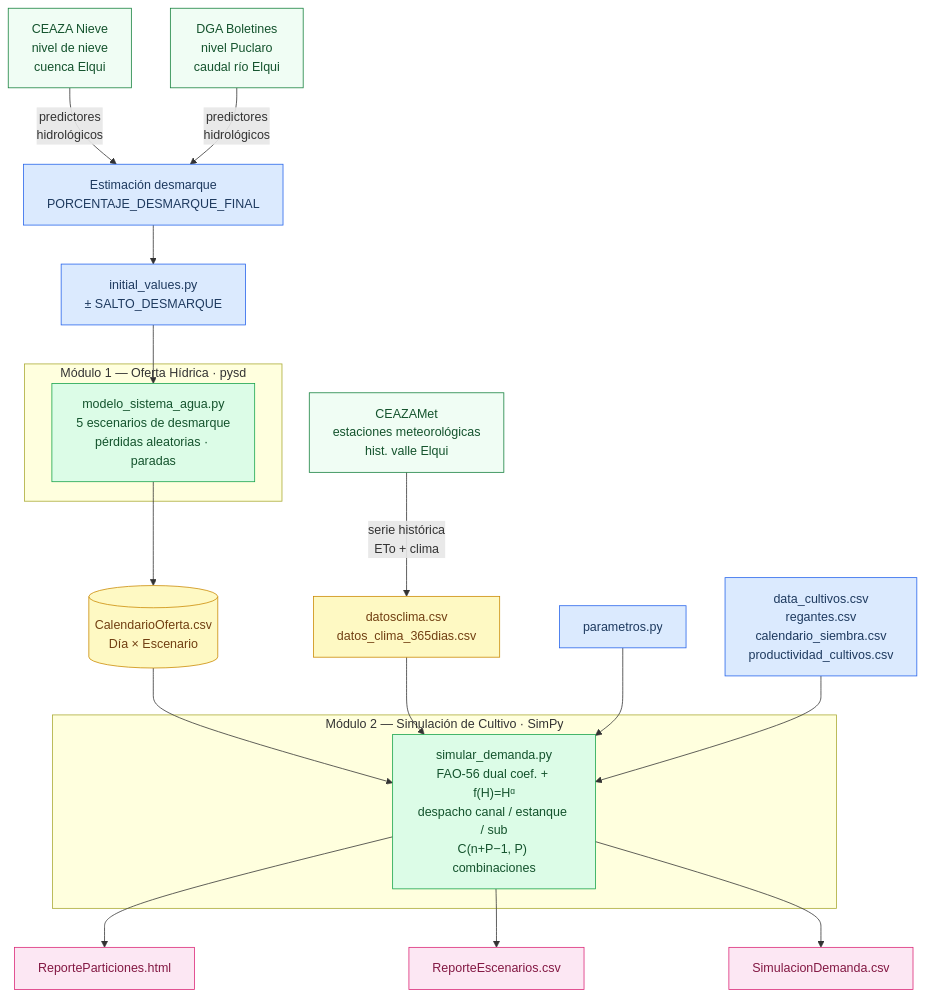
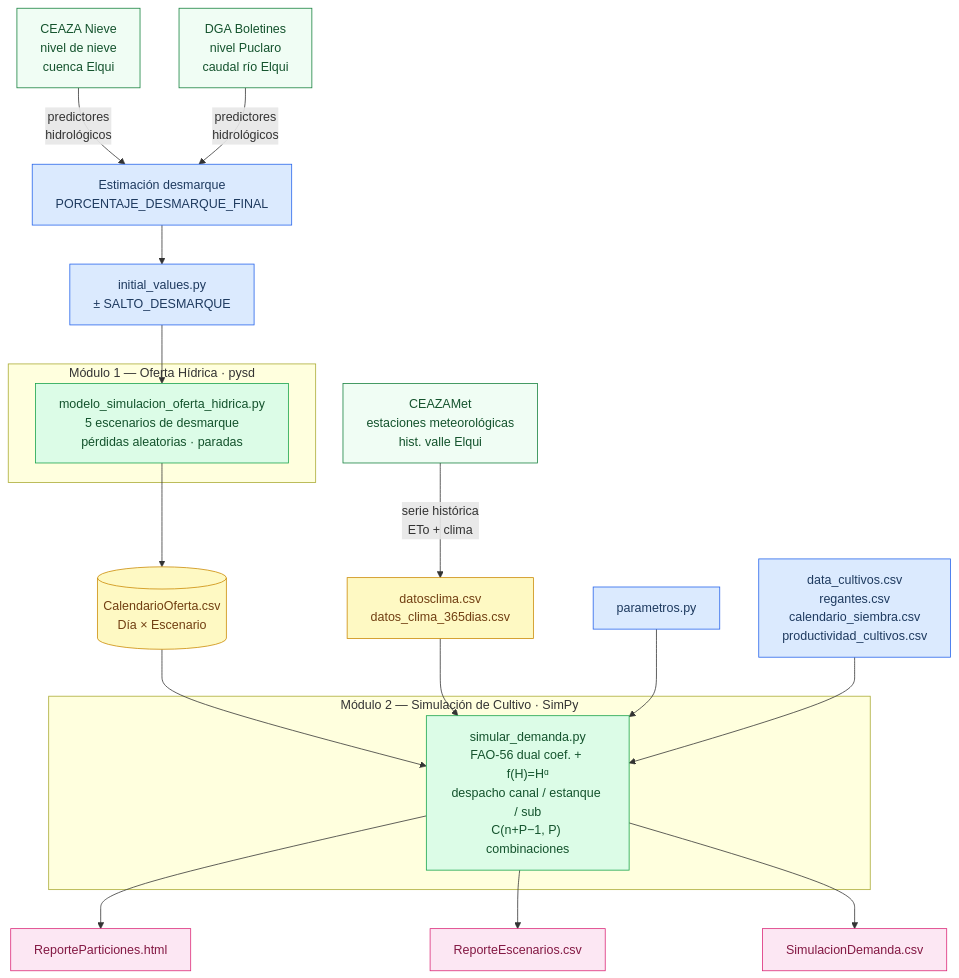
The fourth of 4 diagrams in README.md (toniesky/Simulaci-n-multiparadigma-cultivo), drawn with Mermaid before and after one commit. The commit also changed other lines of this file and 6 other files, not shown here.

Commit message:
refactor: renombrar modelo_sistema_agua a modelo_simulacion_oferta_hidrica

````diff
--- a/README.md
+++ b/README.md
@@ -505,45 +505,45 @@
 ```mermaid
 flowchart TD
     classDef src  fill:#f0fdf4,stroke:#15803d,color:#14532d
     classDef cfg  fill:#dbeafe,stroke:#2563eb,color:#1e3a5f
     classDef proc fill:#dcfce7,stroke:#16a34a,color:#14532d
     classDef data fill:#fef9c3,stroke:#ca8a04,color:#713f12
     classDef out  fill:#fce7f3,stroke:#db2777,color:#831843
 
     %% ── Fuentes de datos externas ──────────────────────────
     CEAZAMET["CEAZAMet\nestaciones meteorológicas\nhist. valle Elqui"]:::src
     NIEVE["CEAZA Nieve\nnivel de nieve\ncuenca Elqui"]:::src
     DGA["DGA Boletines\nnivel Puclaro\ncaudal río Elqui"]:::src
 
     %% ── Preparación de entradas ─────────────────────────────
     CEAZAMET -->|"serie histórica\nETo + clima"| CLIMA["datosclima.csv\ndatos_clima_365dias.csv"]:::data
     NIEVE    -->|"predictores\nhidrológicos"| EST["Estimación desmarque\nPORCENTAJE_DESMARQUE_FINAL"]:::cfg
     DGA      -->|"predictores\nhidrológicos"| EST
 
     %% ── Módulo 1: Oferta Hídrica ────────────────────────────
     EST --> IV["initial_values.py\n± SALTO_DESMARQUE"]:::cfg
 
     subgraph MOH["Módulo 1 — Oferta Hídrica · pysd"]
-        MSA["modelo_sistema_agua.py\n5 escenarios de desmarque\npérdidas aleatorias · paradas"]:::proc
+        MSA["modelo_simulacion_oferta_hidrica.py\n5 escenarios de desmarque\npérdidas aleatorias · paradas"]:::proc
     end
 
     IV --> MSA
     MSA --> CO[("CalendarioOferta.csv\nDía × Escenario")]:::data
 
     %% ── Módulo 2: Simulación de Cultivo ─────────────────────
     PAR["parametros.py"]:::cfg
     INP["data_cultivos.csv\nregantes.csv\ncalendario_siembra.csv\nproductividad_cultivos.csv"]:::cfg
 
     subgraph MSC["Módulo 2 — Simulación de Cultivo · SimPy"]
         SIM["simular_demanda.py\nFAO-56 dual coef. + f(H)=Hᵅ\ndespacho canal / estanque / sub\nC(n+P−1, P) combinaciones"]:::proc
     end
 
     CO    --> SIM
     CLIMA --> SIM
     PAR   --> SIM
     INP   --> SIM
 
     SIM --> HTML["ReporteParticiones.html"]:::out
     SIM --> R1["ReporteEscenarios.csv"]:::out
     SIM --> R2["SimulacionDemanda.csv"]:::out
 ```
````
